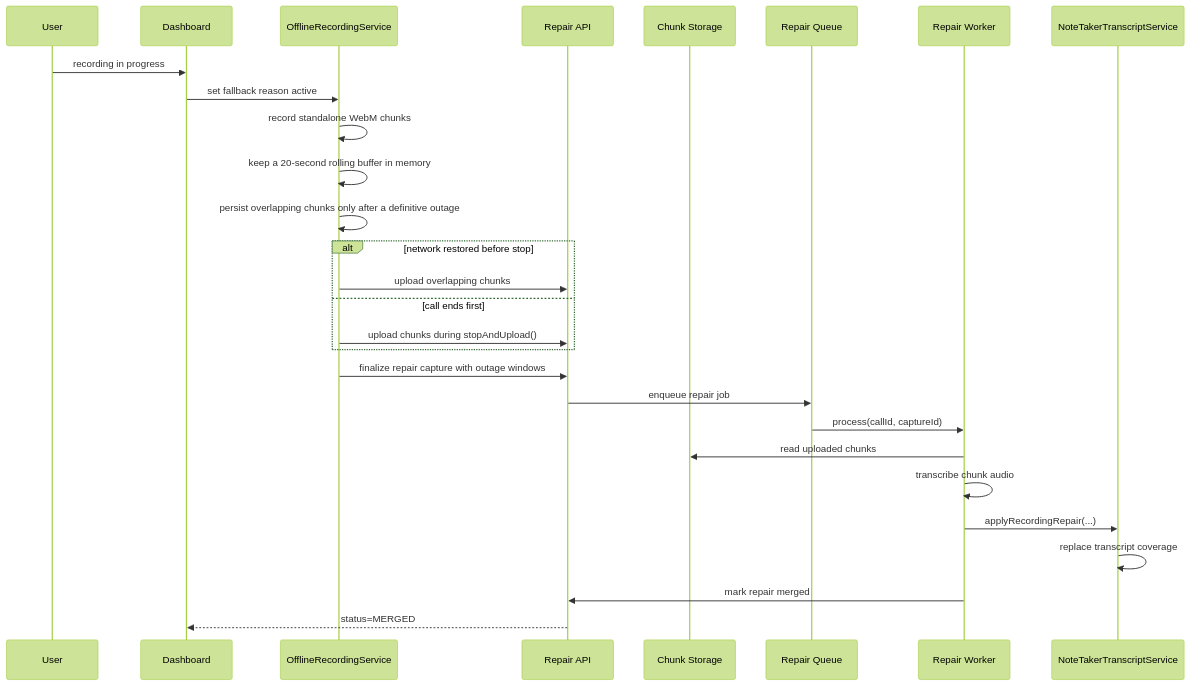
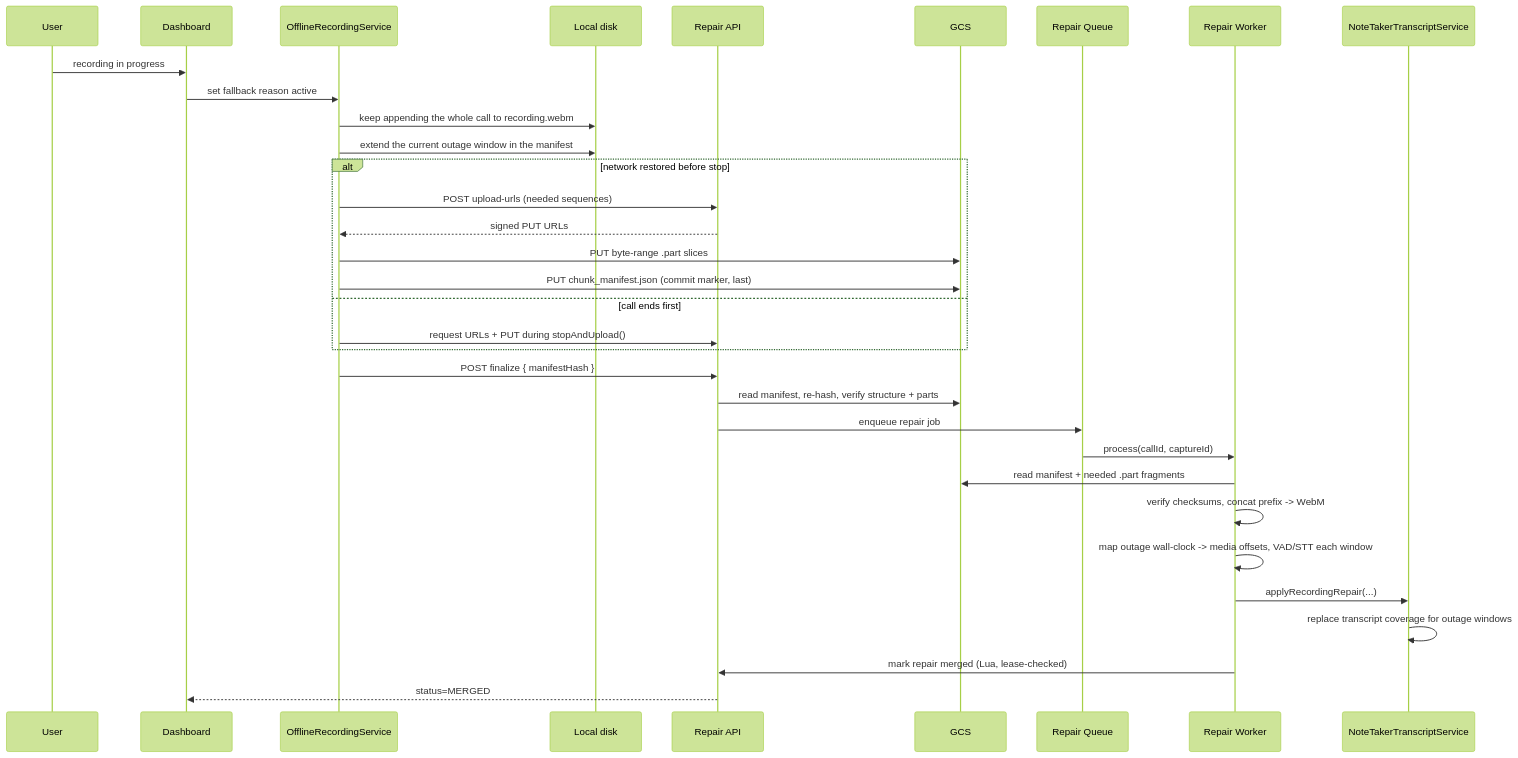
One commit to juspay/xyne-spaces changed the fourth of 4 diagrams in docs/local-recording-fallback-vs-main.md. Above: the diagram before and after it, drawn with Mermaid (forest theme). The commit also changed other lines of this file and 40 other files, not shown here.

````diff
--- a/docs/local-recording-fallback-vs-main.md
+++ b/docs/local-recording-fallback-vs-main.md
@@ -123,33 +158,38 @@
 ```mermaid
 sequenceDiagram
     participant User
     participant Dash as Dashboard
     participant Local as OfflineRecordingService
+    participant FS as Local disk
     participant API as Repair API
-    participant Store as Chunk Storage
+    participant GCS as GCS
     participant Queue as Repair Queue
     participant Worker as Repair Worker
     participant Transcript as NoteTakerTranscriptService
 
     User->>Dash: recording in progress
     Dash->>Local: set fallback reason active
-    Local->>Local: record standalone WebM chunks
-    Local->>Local: keep a 20-second rolling buffer in memory
-    Local->>Local: persist overlapping chunks only after a definitive outage
+    Local->>FS: keep appending the whole call to recording.webm
+    Local->>FS: extend the current outage window in the manifest
 
     alt network restored before stop
-        Local->>API: upload overlapping chunks
+        Local->>API: POST upload-urls (needed sequences)
+        API-->>Local: signed PUT URLs
+        Local->>GCS: PUT byte-range .part slices
+        Local->>GCS: PUT chunk_manifest.json (commit marker, last)
     else call ends first
-        Local->>API: upload chunks during stopAndUpload()
+        Local->>API: request URLs + PUT during stopAndUpload()
     end
 
-    Local->>API: finalize repair capture with outage windows
+    Local->>API: POST finalize { manifestHash }
+    API->>GCS: read manifest, re-hash, verify structure + parts
     API->>Queue: enqueue repair job
     Queue->>Worker: process(callId, captureId)
-    Worker->>Store: read uploaded chunks
-    Worker->>Worker: transcribe chunk audio
+    Worker->>GCS: read manifest + needed .part fragments
+    Worker->>Worker: verify checksums, concat prefix -> WebM
+    Worker->>Worker: map outage wall-clock -> media offsets, VAD/STT each window
     Worker->>Transcript: applyRecordingRepair(...)
-    Transcript->>Transcript: replace transcript coverage
-    Worker->>API: mark repair merged
+    Transcript->>Transcript: replace transcript coverage for outage windows
+    Worker->>API: mark repair merged (Lua, lease-checked)
     API-->>Dash: status=MERGED
 ```
````
